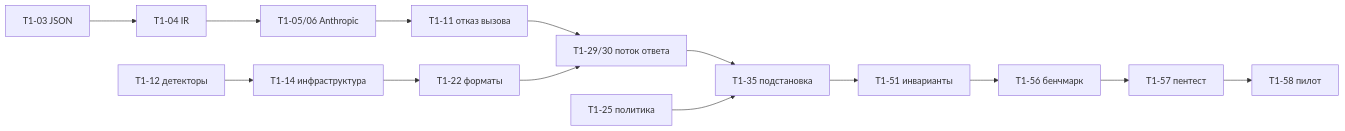
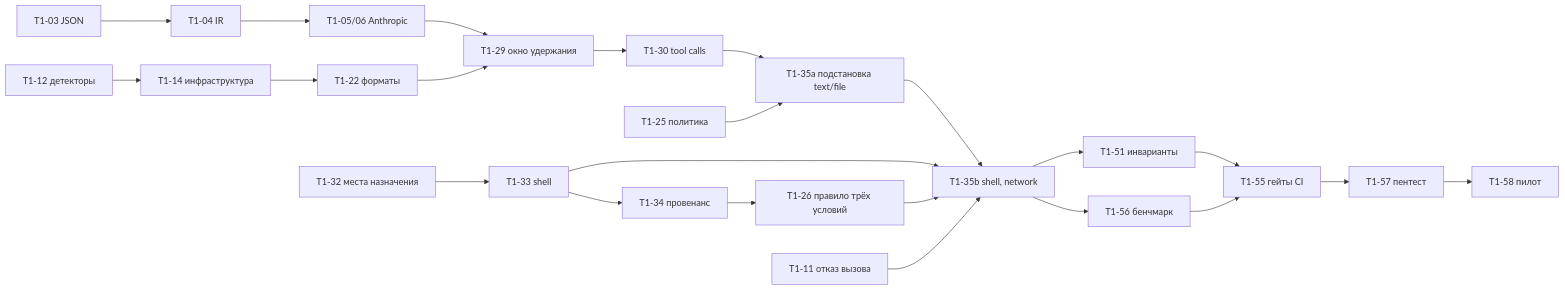
One commit to Paffin/Aegis changed the second of 2 diagrams in docs/PLAN.md. Above: the diagram before and after it, drawn with Mermaid. The commit also changed other lines of this file and 1 other file, not shown here.

````diff
--- a/docs/PLAN.md
+++ b/docs/PLAN.md
@@ -250,6 +291,14 @@
 ```mermaid
 flowchart LR
-  T03[T1-03 JSON] --> T04[T1-04 IR] --> T05[T1-05/06 Anthropic] --> T11[T1-11 отказ вызова] --> T29[T1-29/30 поток ответа] --> T35[T1-35 подстановка] --> T51[T1-51 инварианты] --> T56[T1-56 бенчмарк] --> T57[T1-57 пентест] --> T58[T1-58 пилот]
+  T03[T1-03 JSON] --> T04[T1-04 IR] --> T05[T1-05/06 Anthropic] --> T29[T1-29 окно удержания] --> T30[T1-30 tool calls] --> T35a[T1-35a подстановка text/file]
   T12[T1-12 детекторы] --> T14[T1-14 инфраструктура] --> T22[T1-22 форматы] --> T29
-  T25[T1-25 политика] --> T35
+  T25[T1-25 политика] --> T35a
+  T32[T1-32 места назначения] --> T33[T1-33 shell] --> T34[T1-34 провенанс] --> T26[T1-26 правило трёх условий]
+  T35a --> T35b[T1-35b shell, network]
+  T33 --> T35b
+  T26 --> T35b
+  T11[T1-11 отказ вызова] --> T35b
+  T35b --> T51[T1-51 инварианты] --> T55[T1-55 гейты CI]
+  T35b --> T56[T1-56 бенчмарк] --> T55
+  T55 --> T57[T1-57 пентест] --> T58[T1-58 пилот]
 ```
````
